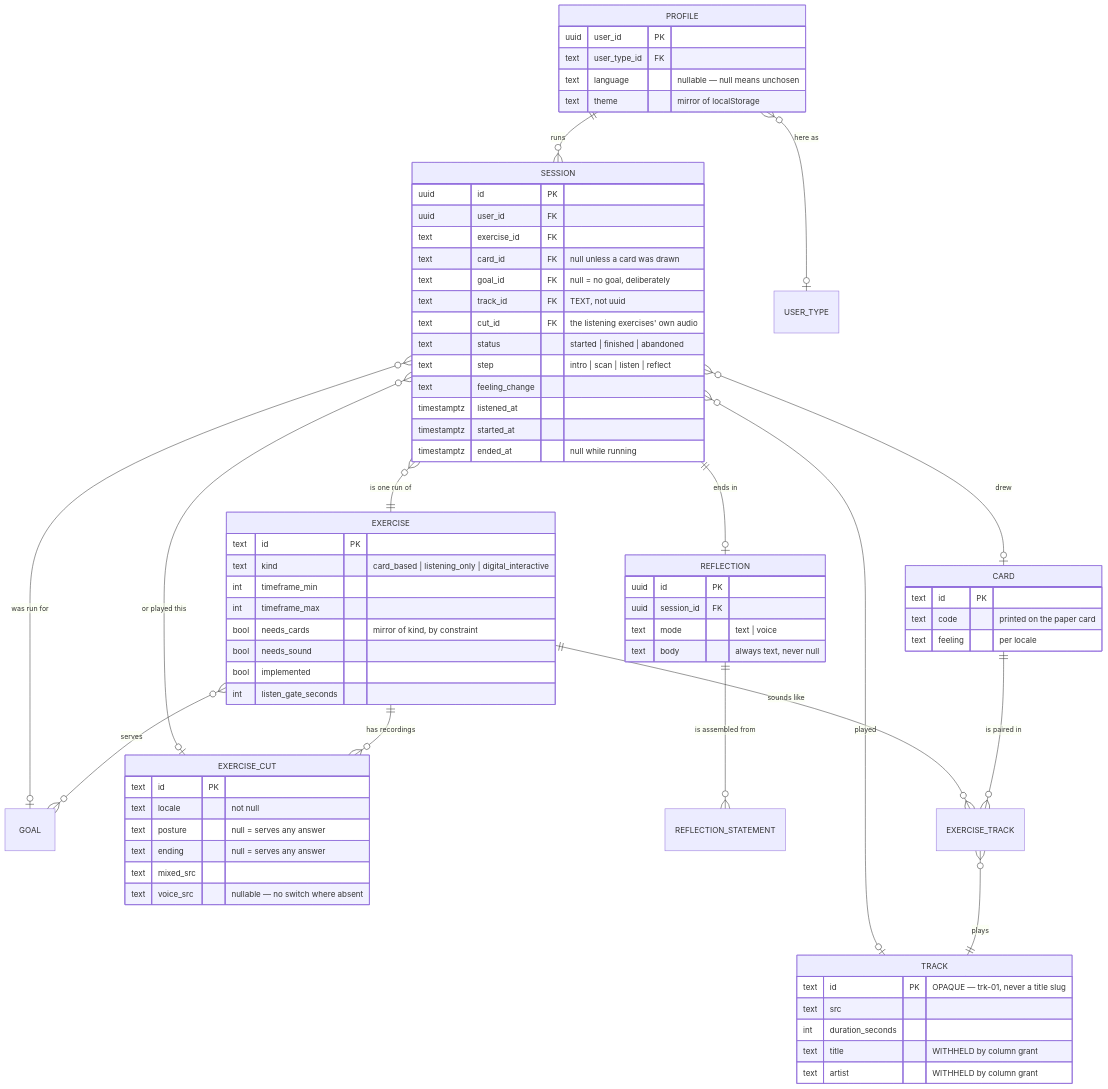
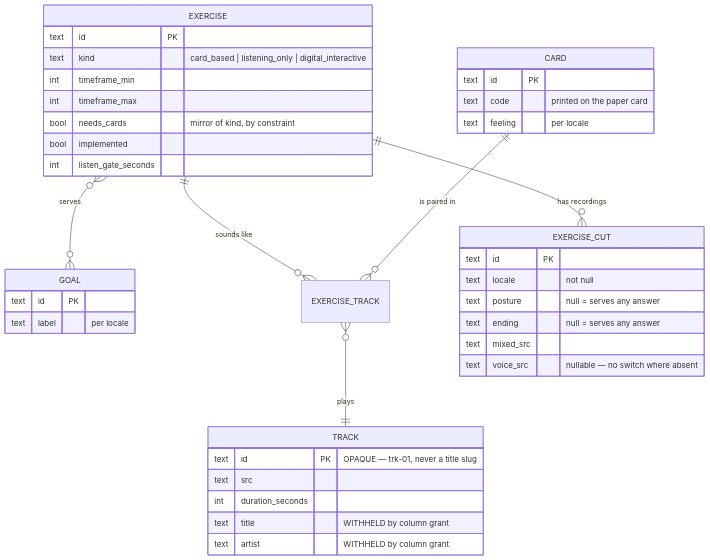
Before and after one commit to product-ben/musie: the second of 3 diagrams in apps/docs/architecture/data-model.md, drawn with Mermaid. The commit also changed 4 other files, not shown here.

First line of the commit message:
Fit to width, and make the two diagrams that could not fit smaller

````diff
--- a/apps/docs/architecture/data-model.md
+++ b/apps/docs/architecture/data-model.md
@@ -6,75 +53,42 @@
 ```mermaid
 erDiagram
-    PROFILE ||--o{ SESSION : "runs"
-    PROFILE }o--o| USER_TYPE : "here as"
-    SESSION }o--|| EXERCISE : "is one run of"
-    SESSION }o--o| CARD : "drew"
-    SESSION }o--o| GOAL : "was run for"
-    SESSION }o--o| TRACK : "played"
-    SESSION }o--o| EXERCISE_CUT : "or played this"
-    SESSION ||--o| REFLECTION : "ends in"
-    REFLECTION ||--o{ REFLECTION_STATEMENT : "is assembled from"
     EXERCISE }o--o{ GOAL : "serves"
     EXERCISE ||--o{ EXERCISE_TRACK : "sounds like"
     EXERCISE ||--o{ EXERCISE_CUT : "has recordings"
     CARD ||--o{ EXERCISE_TRACK : "is paired in"
     EXERCISE_TRACK }o--|| TRACK : "plays"
 
-    PROFILE {
-        uuid user_id PK
-        text user_type_id FK
-        text language "nullable — null means unchosen"
-        text theme "mirror of localStorage"
-    }
-    SESSION {
-        uuid id PK
-        uuid user_id FK
-        text exercise_id FK
-        text card_id FK "null unless a card was drawn"
-        text goal_id FK "null = no goal, deliberately"
-        text track_id FK "TEXT, not uuid"
-        text cut_id FK "the listening exercises' own audio"
-        text status "started | finished | abandoned"
-        text step "intro | scan | listen | reflect"
-        text feeling_change
-        timestamptz listened_at
-        timestamptz started_at
-        timestamptz ended_at "null while running"
-    }
     EXERCISE {
         text id PK
         text kind "card_based | listening_only | digital_interactive"
         int timeframe_min
         int timeframe_max
         bool needs_cards "mirror of kind, by constraint"
-        bool needs_sound
         bool implemented
         int listen_gate_seconds
     }
     CARD {
         text id PK
         text code "printed on the paper card"
         text feeling "per locale"
     }
     TRACK {
         text id PK "OPAQUE — trk-01, never a title slug"
         text src
         int duration_seconds
         text title "WITHHELD by column grant"
         text artist "WITHHELD by column grant"
     }
     EXERCISE_CUT {
         text id PK
         text locale "not null"
         text posture "null = serves any answer"
         text ending "null = serves any answer"
         text mixed_src
         text voice_src "nullable — no switch where absent"
     }
-    REFLECTION {
-        uuid id PK
-        uuid session_id FK
-        text mode "text | voice"
-        text body "always text, never null"
+    GOAL {
+        text id PK
+        text label "per locale"
     }
 ```
````
